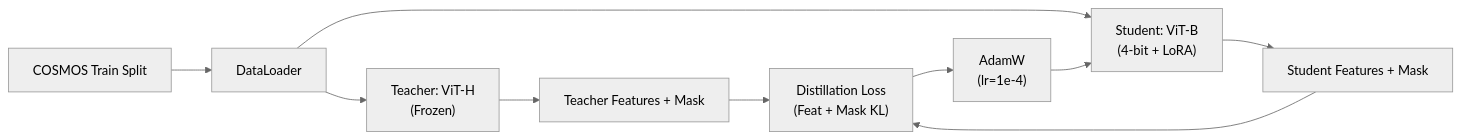
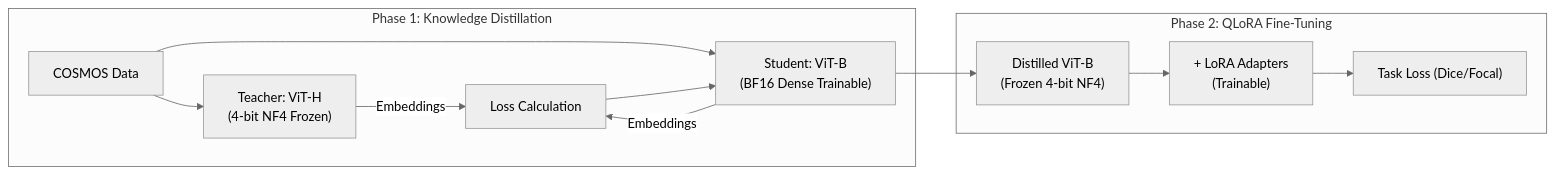
One commit to Tekraj15/QLoRA-MiniSAM changed the second of 2 diagrams in README.md. Above: the diagram before and after it, drawn with Mermaid (neutral theme). The commit also changed other lines of this file, not shown here.

Commit message:
Made improvements and added details in the Architecture and training workflow

````diff
--- a/README.md
+++ b/README.md
@@ -59,11 +71,16 @@
 ```mermaid
 flowchart LR
-    A["COSMOS Train Split"] --> B["DataLoader"]
-    B --> C["Teacher: ViT-H<br/>(Frozen)"]
-    B --> D["Student: ViT-B<br/>(4-bit + LoRA)"]
-    C --> E["Teacher Features + Mask"]
-    D --> F["Student Features + Mask"]
-    E & F --> G["Distillation Loss<br/>(Feat + Mask KL)"]
-    G --> H["AdamW<br/>(lr=1e-4)"]
-    H --> D
+    subgraph Phase 1: Knowledge Distillation
+    A["COSMOS Data"] --> B["Teacher: ViT-H<br/>(4-bit NF4 Frozen)"]
+    A --> C["Student: ViT-B<br/>(BF16 Dense Trainable)"]
+    B --"Embeddings"--> D["Loss Calculation"]
+    C --"Embeddings"--> D
+    D --> C
+    end
+    
+    subgraph Phase 2: QLoRA Fine-Tuning
+    C --> E["Distilled ViT-B<br/>(Frozen 4-bit NF4)"]
+    E --> F["+ LoRA Adapters<br/>(Trainable)"]
+    F --> G["Task Loss (Dice/Focal)"]
+    end
 ```
````
